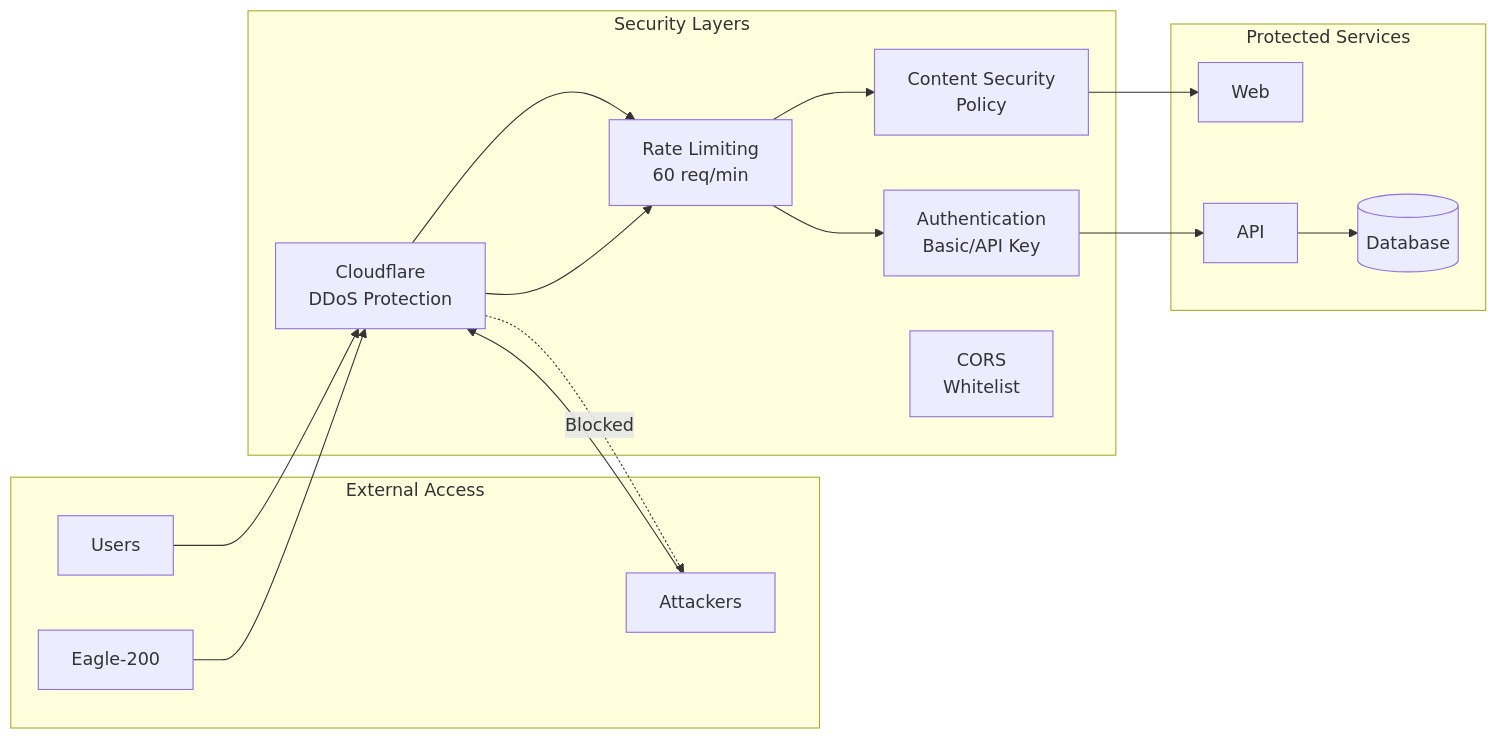
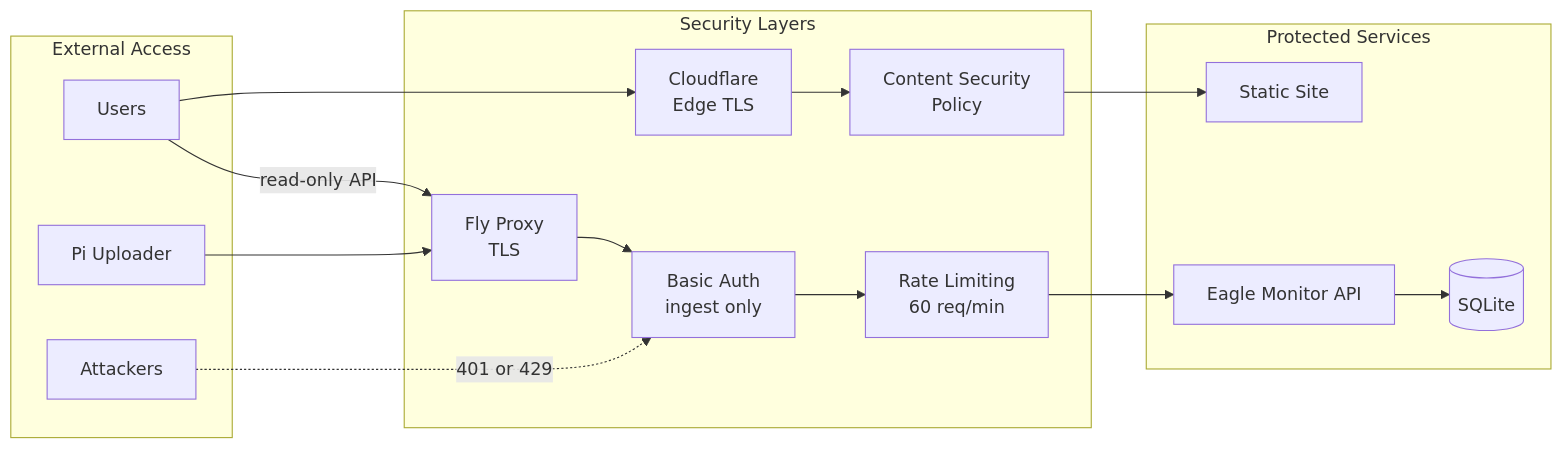
The eighth of 9 diagrams in docs/THEORY_OF_OPERATION.md (murr2k/linknode-com), drawn with Mermaid before and after one commit. The commit also changed other lines of this file and 47 other files, not shown here.

````diff
--- a/docs/THEORY_OF_OPERATION.md
+++ b/docs/THEORY_OF_OPERATION.md
@@ -382,27 +419,27 @@
 ```mermaid
 flowchart LR
     subgraph "External Access"
         USER[Users]
-        EAGLE[Eagle-200]
+        PI[Pi Uploader]
         ATTACKER[Attackers]
     end
 
     subgraph "Security Layers"
-        CF[Cloudflare<br/>DDoS Protection]
-        RL[Rate Limiting<br/>60 req/min]
-        AUTH[Authentication<br/>Basic/API Key]
-        CSP[Content Security<br/>Policy]
-        CORS[CORS<br/>Whitelist]
+        CF["Cloudflare<br/>Edge TLS"]
+        CSP["Content Security<br/>Policy"]
+        FLY["Fly Proxy<br/>TLS"]
+        AUTH["Basic Auth<br/>ingest only"]
+        RL["Rate Limiting<br/>60 req/min"]
     end
 
     subgraph "Protected Services"
-        WEB[Web]
-        API[API]
-        DB[(Database)]
+        WEB[Static Site]
+        API[Eagle Monitor API]
+        DB[(SQLite)]
     end
 
-    USER --> CF --> RL --> CSP --> WEB
-    EAGLE --> CF --> RL --> AUTH --> API --> DB
-    ATTACKER --> CF
-    CF -.->|Blocked| ATTACKER
+    USER --> CF --> CSP --> WEB
+    USER -->|"read-only API"| FLY
+    PI --> FLY --> AUTH --> RL --> API --> DB
+    ATTACKER -.->|"401 or 429"| AUTH
 ```
````
